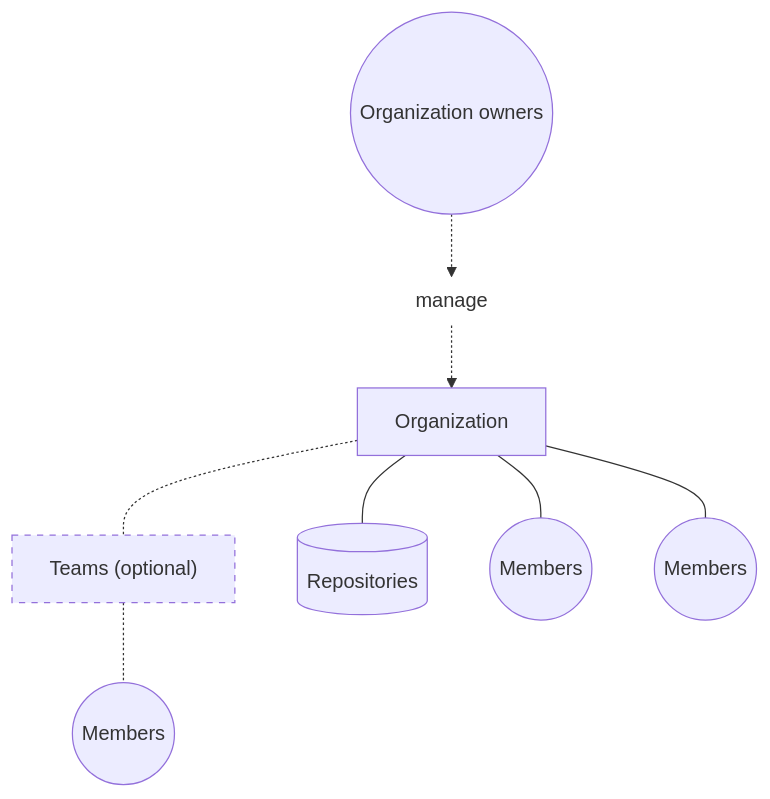
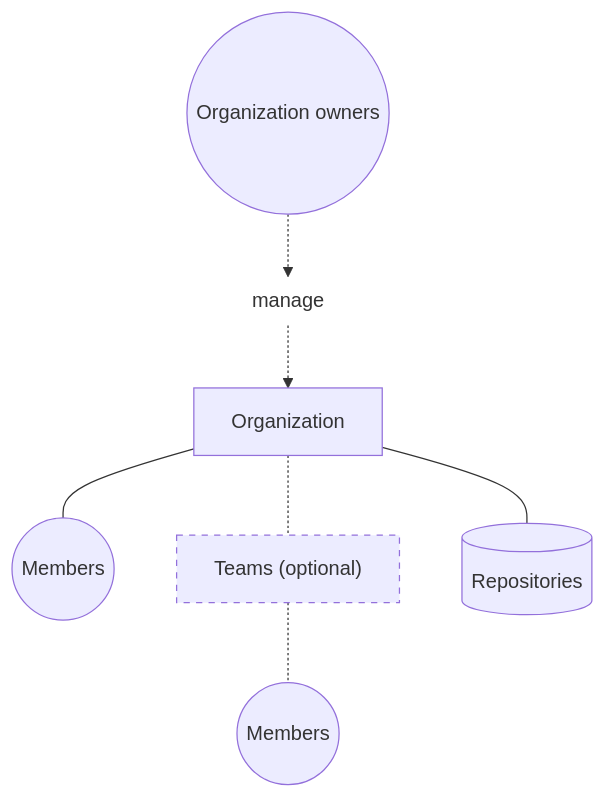
Before and after one commit to docker/docs: the diagram in content/manuals/accounts/organization/_index.md, drawn with Mermaid. The commit also changed other lines of this file and 1 other file, not shown here.

````diff
--- a/content/manuals/accounts/organization/_index.md
+++ b/content/manuals/accounts/organization/_index.md
@@ -49,12 +49,11 @@
 ```mermaid
 flowchart TB
   oo((Organization owners)) -.-> manage@{ shape: text, label: "manage" }
   manage -.-> org[Organization]
+  org --- m((Members))
   org -.- t["Teams (optional)"]
   t -.- mt((Members))
   org --- r[(Repositories)]
-  org --- m1((Members))
-  org --- m2((Members))
   classDef optional stroke-dasharray: 5 5
   class t optional
 ```
````
